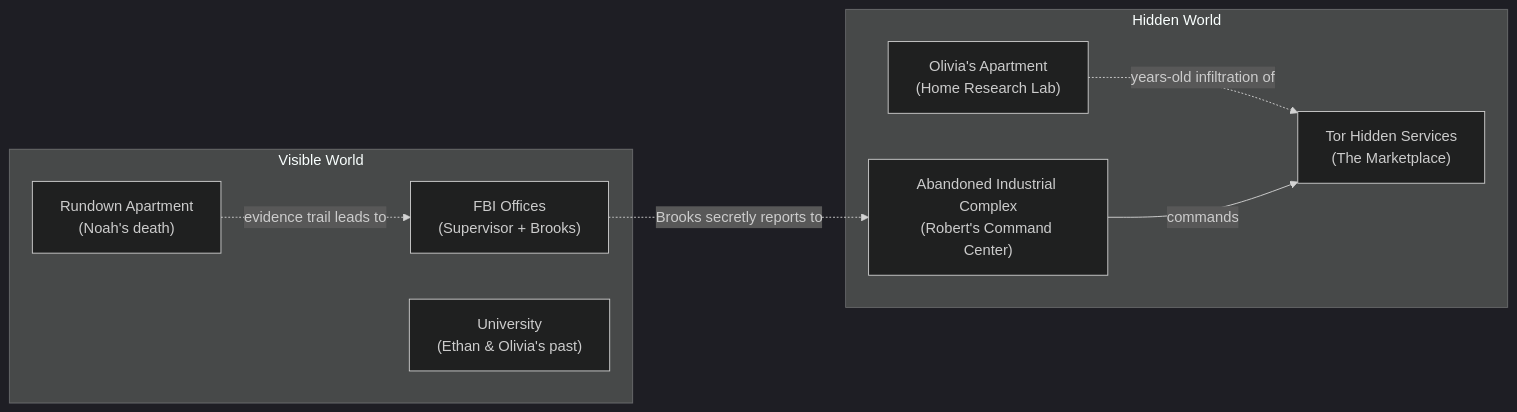
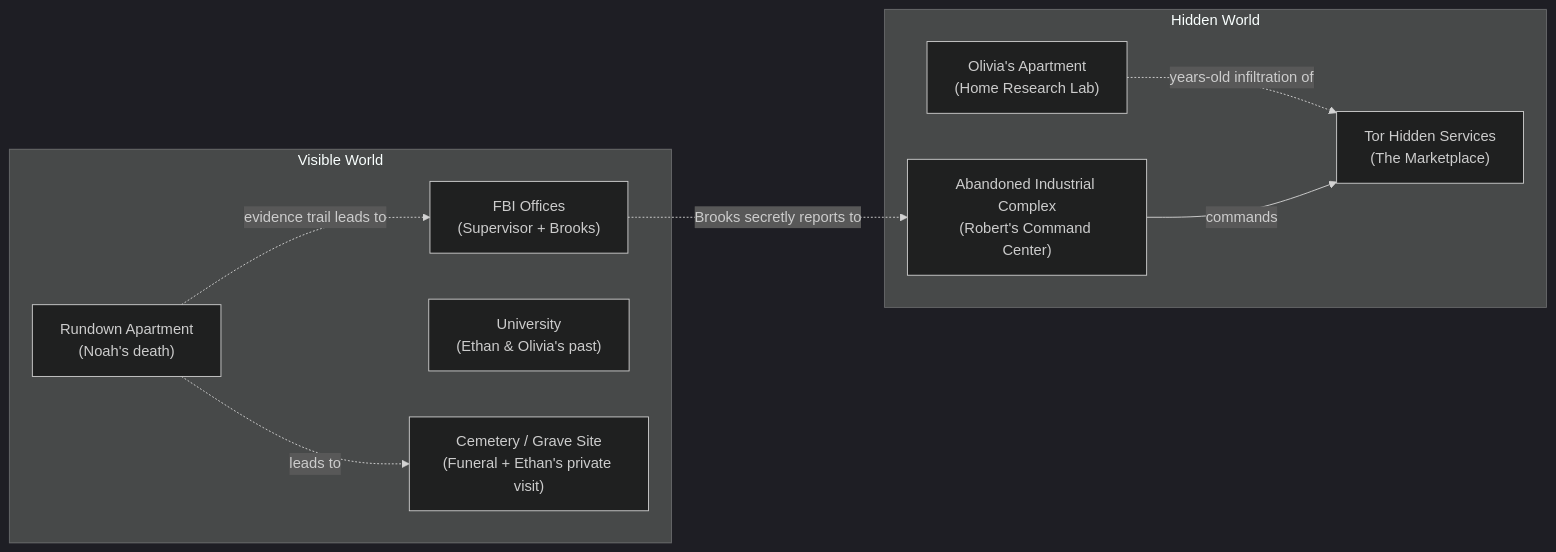
Before and after one commit to Mayank9056-MM/ctf-silk-project: the second of 2 diagrams in docs/story/WORLD.md, drawn with Mermaid (dark theme). The commit also changed other lines of this file, not shown here.

Commit message:
feat: update WORLD.md with new cemetery location and proposed parent nodes

````diff
--- a/docs/story/WORLD.md
+++ b/docs/story/WORLD.md
@@ -121,19 +131,21 @@
 ```mermaid
 graph LR
     subgraph PublicWorld["Visible World"]
         Apartment["Rundown Apartment<br/>(Noah's death)"]
         FBIOffice["FBI Offices<br/>(Supervisor + Brooks)"]
         University["University<br/>(Ethan & Olivia's past)"]
+        Cemetery["Cemetery / Grave Site<br/>(Funeral + Ethan's private visit)"]
     end
 
     subgraph HiddenWorld["Hidden World"]
         OliviaLab["Olivia's Apartment<br/>(Home Research Lab)"]
         Complex["Abandoned Industrial Complex<br/>(Robert's Command Center)"]
         TorNetwork["Tor Hidden Services<br/>(The Marketplace)"]
     end
 
     Apartment -.->|"evidence trail leads to"| FBIOffice
+    Apartment -.->|"leads to"| Cemetery
     FBIOffice -.->|"Brooks secretly reports to"| Complex
     OliviaLab -.->|"years-old infiltration of"| TorNetwork
     Complex -->|"commands"| TorNetwork
 ```
````
